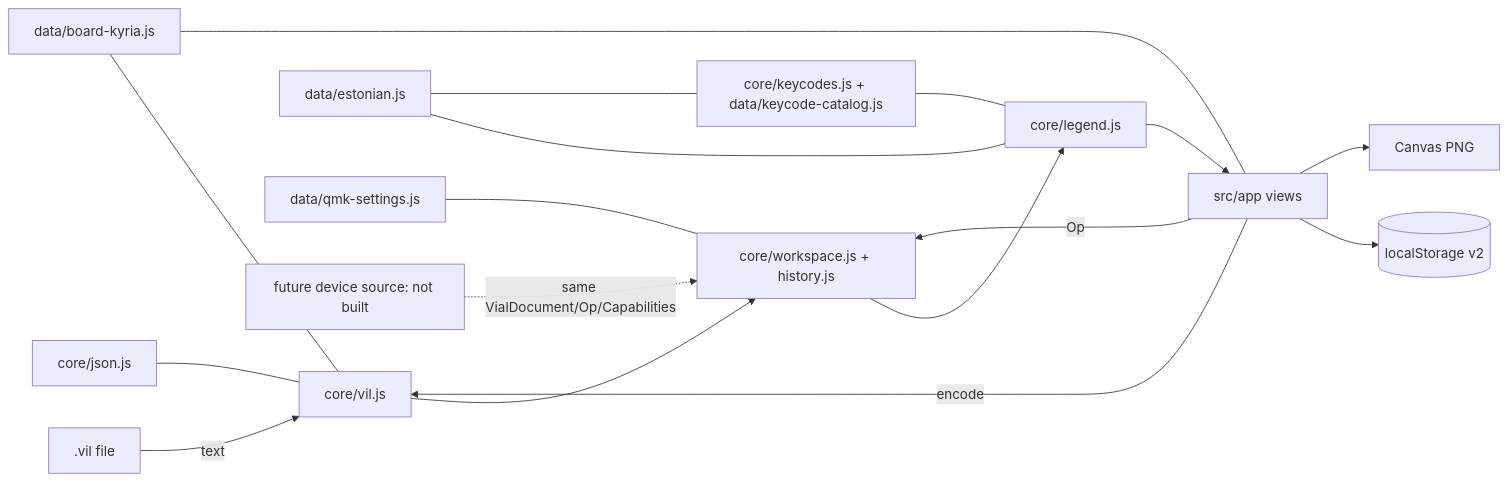
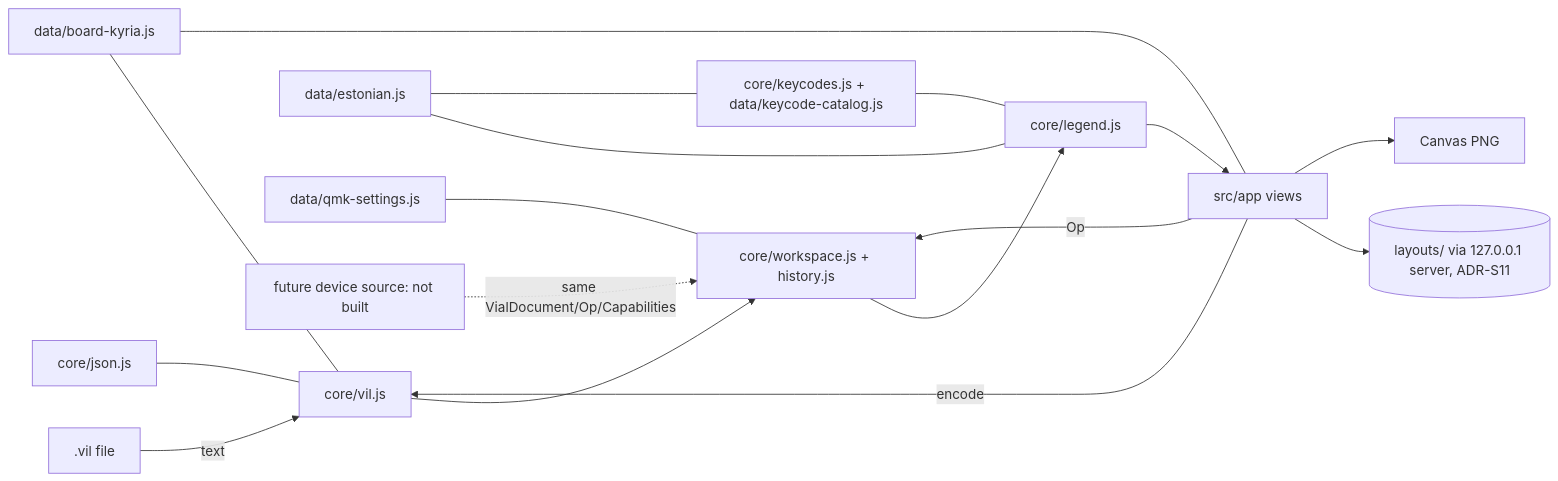
Before and after one commit to fwhskr/kyria-v4-setup: the diagram in architecture.md, drawn with Mermaid. The commit also changed other lines of this file and 2 other files, not shown here.

Commit message:
docs(studio): the keymap is stored in layouts/ through make studio

````diff
--- a/architecture.md
+++ b/architecture.md
@@ -99,17 +106,17 @@
 ```mermaid
 flowchart LR
   F[.vil file] -->|text| VIL[core/vil.js] --> WS[core/workspace.js + history.js]
   JSON[core/json.js] --- VIL
   WS --> LEG[core/legend.js] --> APP[src/app views]
   KC[core/keycodes.js + data/keycode-catalog.js] --- LEG
   EST[data/estonian.js] --- LEG
   EST --- KC
   BOARD[data/board-kyria.js] --- VIL
   QS[data/qmk-settings.js] --- WS
   BOARD --- APP
   APP -->|Op| WS
   APP -->|encode| VIL
-  APP --> LS[(localStorage v2)]
+  APP --> LS[(layouts/ via 127.0.0.1 server, ADR-S11)]
   APP --> PNG[Canvas PNG]
   DEV[future device source: not built] -.same VialDocument/Op/Capabilities.-> WS
 ```
````
